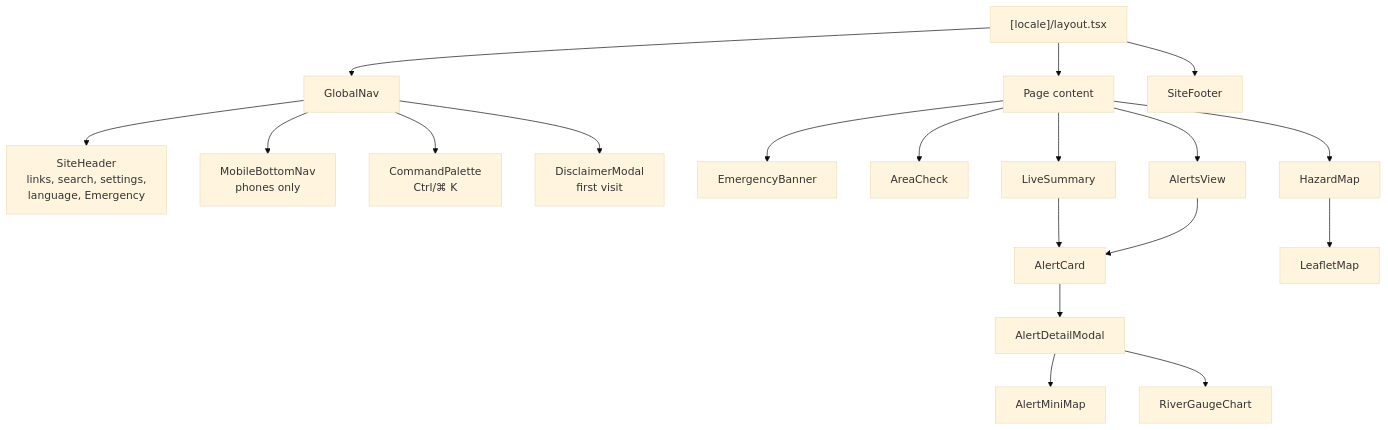
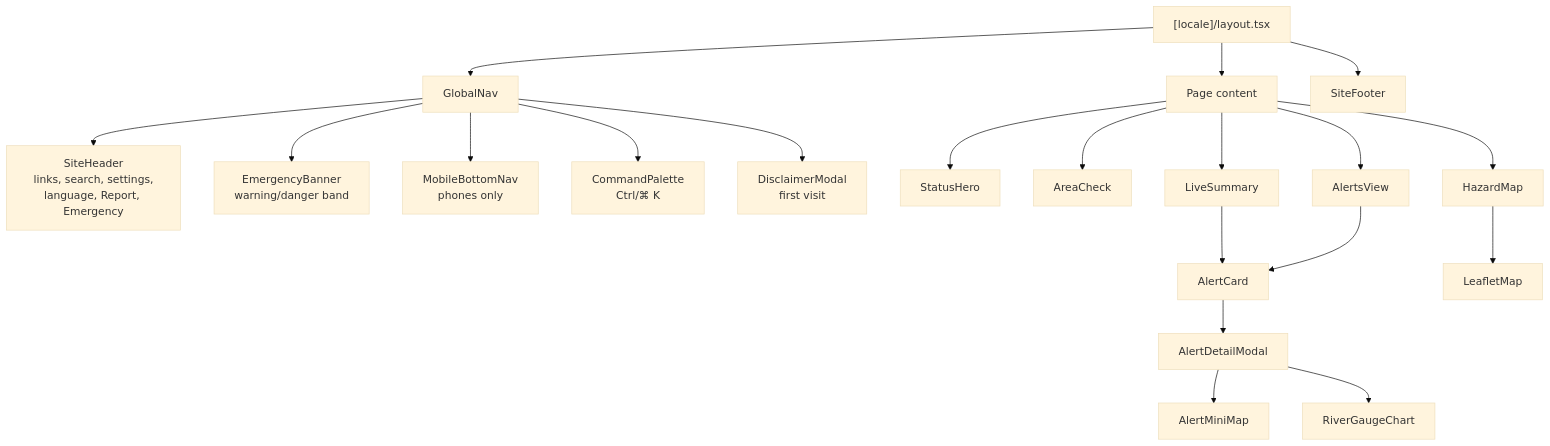
One commit to mishraprayash/Satarka-Nepal changed the second of 3 diagrams in docs/frontend.md. Above: the diagram before and after it, drawn with Mermaid (base theme). The commit also changed other lines of this file and 2 other files, not shown here.

First line of the commit message:
docs: describe the redesign (national level, warning band, colour system)

````diff
--- a/docs/frontend.md
+++ b/docs/frontend.md
@@ -71,20 +71,21 @@
 ```mermaid
 flowchart TB
     Layout["[locale]/layout.tsx"] --> Nav["GlobalNav"]
     Layout --> Main["Page content"]
     Layout --> Footer["SiteFooter"]
-    Nav --> Header["SiteHeader<br/>links, search, settings,<br/>language, Emergency"]
+    Nav --> Header["SiteHeader<br/>links, search, settings,<br/>language, Report, Emergency"]
+    Nav --> Band["EmergencyBanner<br/>warning/danger band"]
     Nav --> Bottom["MobileBottomNav<br/>phones only"]
     Nav --> Palette["CommandPalette<br/>Ctrl/⌘ K"]
     Nav --> Disclaimer["DisclaimerModal<br/>first visit"]
-    Main --> Banner["EmergencyBanner"]
+    Main --> Hero["StatusHero"]
     Main --> Area["AreaCheck"]
     Main --> Summary["LiveSummary"]
     Main --> AlertsView["AlertsView"]
     Summary --> Card["AlertCard"]
     AlertsView --> Card
     Card --> Detail["AlertDetailModal"]
     Detail --> Mini["AlertMiniMap"]
     Detail --> Chart["RiverGaugeChart"]
     Main --> HazardMap["HazardMap"] --> Leaflet["LeafletMap"]
 ```
````
